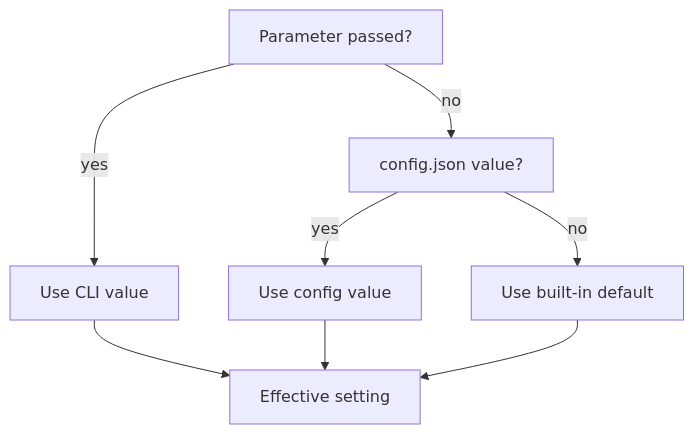
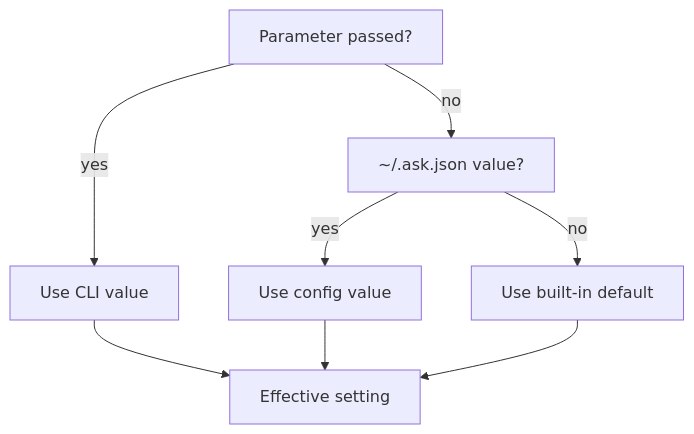
Before and after one commit to cschladetsch/Ps1Ask: the second of 5 diagrams in docs/architecture.md, drawn with Mermaid. The commit also changed other lines of this file and 5 other files, not shown here.

````diff
--- a/docs/architecture.md
+++ b/docs/architecture.md
@@ -40,10 +40,10 @@
 ```mermaid
 flowchart TD
     A["Parameter passed?"] -->|yes| B["Use CLI value"]
-    A -->|no| C["config.json value?"]
+    A -->|no| C["~/.ask.json value?"]
     C -->|yes| D["Use config value"]
     C -->|no| E["Use built-in default"]
     B --> F["Effective setting"]
     D --> F
     E --> F
 ```
````
